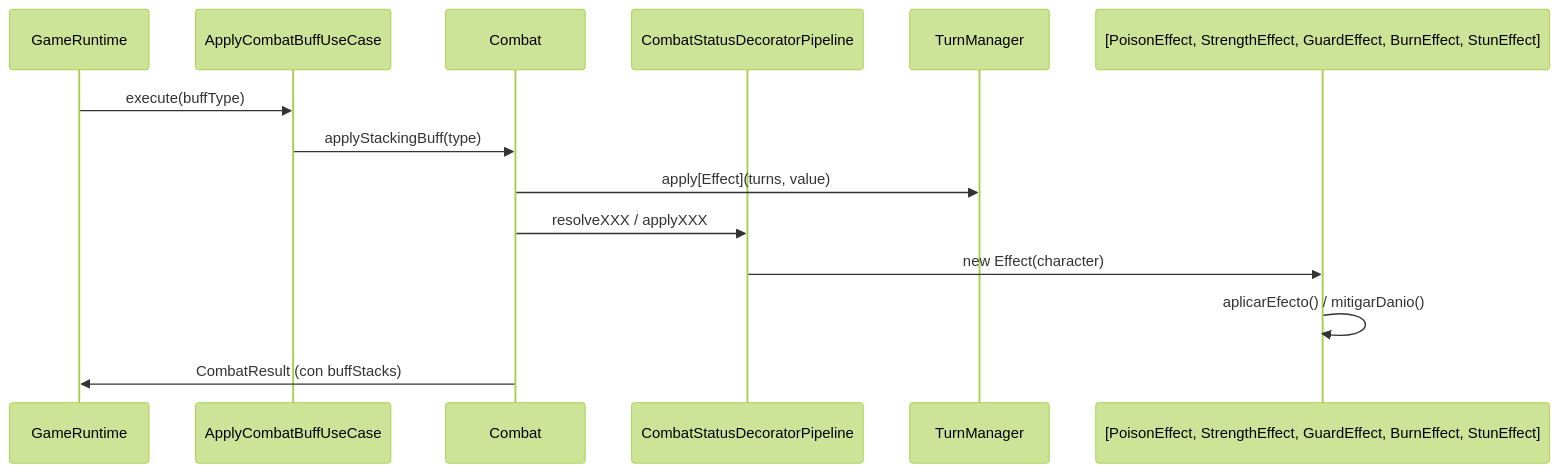
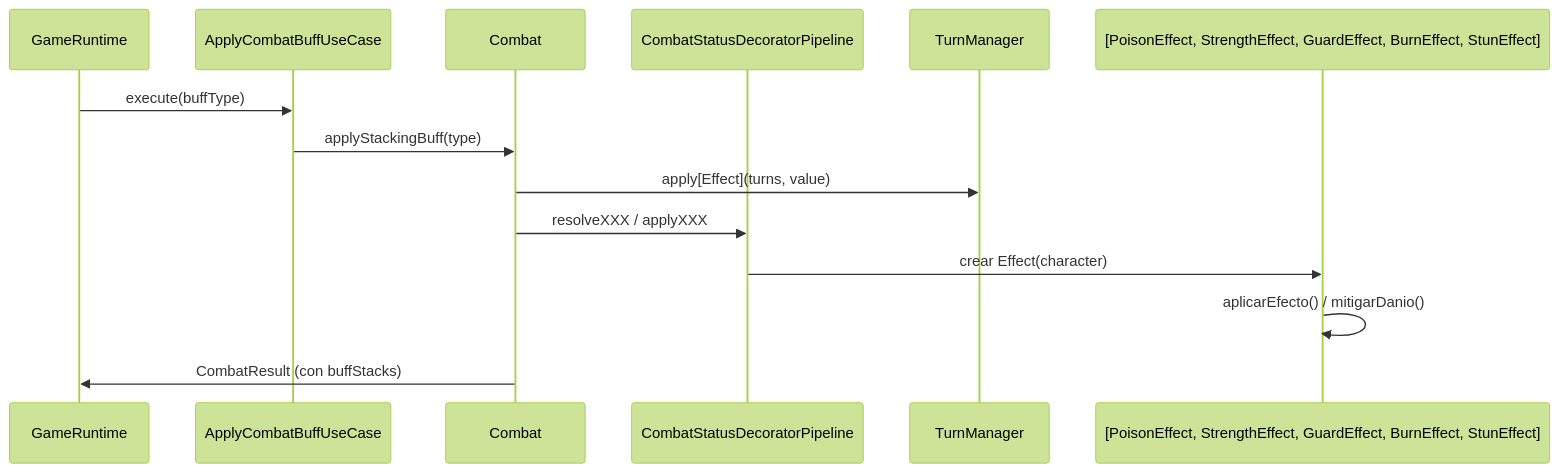
The diagram in docs/03-patterns/decorator.md (Craos6518/dungeon-crawler-patterns), drawn with Mermaid (forest theme) before and after one commit. The commit also changed 11 other files, not shown here.

Commit message:
refactor: actualizar diagramas y terminología en la documentación de patrones

````diff
--- a/docs/03-patterns/decorator.md
+++ b/docs/03-patterns/decorator.md
@@ -12,17 +12,17 @@
 ```mermaid
 sequenceDiagram
     participant GR as GameRuntime
     participant UC as ApplyCombatBuffUseCase
     participant C as Combat
     participant P as CombatStatusDecoratorPipeline
     participant TM as TurnManager
     participant D as [PoisonEffect, StrengthEffect, GuardEffect, BurnEffect, StunEffect]
 
     GR->>UC: execute(buffType)
     UC->>C: applyStackingBuff(type)
     C->>TM: apply[Effect](turns, value)
     C->>P: resolveXXX / applyXXX
-    P->>D: new Effect(character)
+    P->>D: crear Effect(character)
     D->>D: aplicarEfecto() / mitigarDanio()
     C->>GR: CombatResult (con buffStacks)
 ```
````
